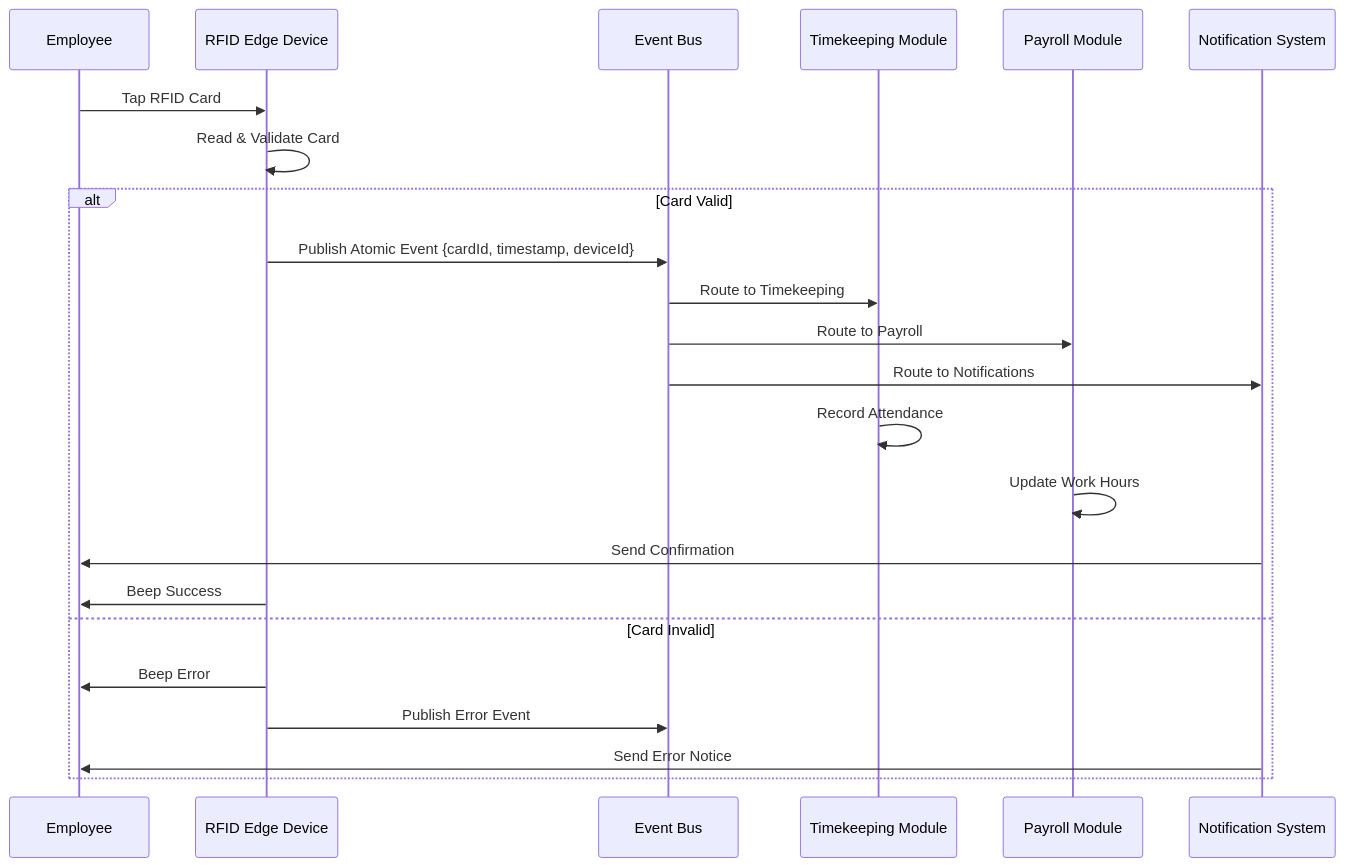
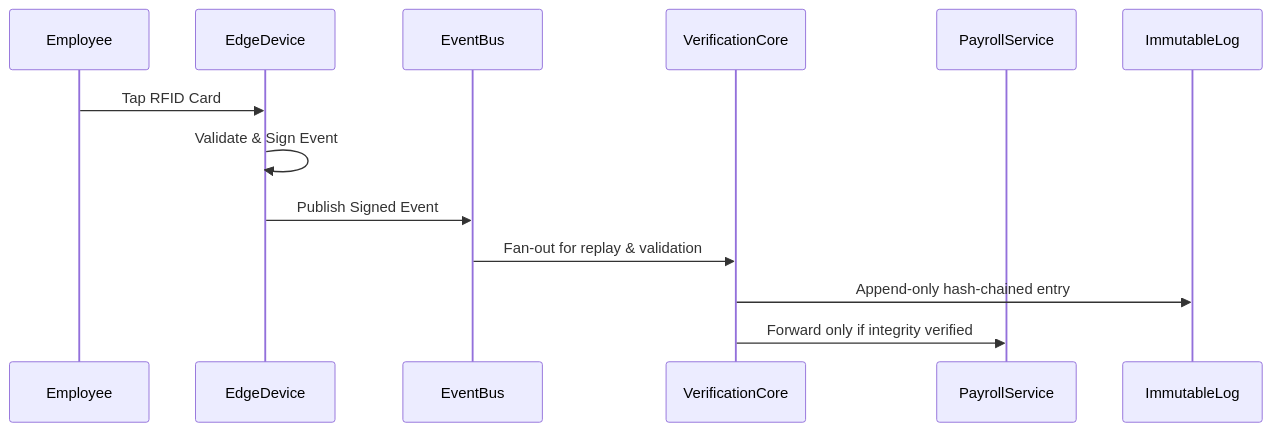
The third of 3 diagrams in docs/workflows/integrations/patentable-proposal/rfid-replayable-event-log-proposal.md (A-rizz/cameco), drawn with Mermaid before and after one commit. The commit also changed other lines of this file, not shown here.

First line of the commit message:
Revise RFID Replayable Event-Log Proposal for Patent Focus

````diff
--- a/docs/workflows/integrations/patentable-proposal/rfid-replayable-event-log-proposal.md
+++ b/docs/workflows/integrations/patentable-proposal/rfid-replayable-event-log-proposal.md
@@ -62,25 +121,14 @@
 ```mermaid
 sequenceDiagram
-    participant Employee
-    participant EdgeDevice as RFID Edge Device
-    participant EventBus as Event Bus
-    participant Timekeeping as Timekeeping Module
-    participant Payroll as Payroll Module
-    participant Notifications as Notification System
-    Employee->>EdgeDevice: Tap RFID Card
-    EdgeDevice->>EdgeDevice: Read & Validate Card
-    alt Card Valid
-        EdgeDevice->>EventBus: Publish Atomic Event {cardId, timestamp, deviceId}
-        EventBus->>Timekeeping: Route to Timekeeping
-        EventBus->>Payroll: Route to Payroll
-        EventBus->>Notifications: Route to Notifications
-        Timekeeping->>Timekeeping: Record Attendance
-        Payroll->>Payroll: Update Work Hours
-        Notifications->>Employee: Send Confirmation
-        EdgeDevice->>Employee: Beep Success
-    else Card Invalid
-        EdgeDevice->>Employee: Beep Error
-        EdgeDevice->>EventBus: Publish Error Event
-        Notifications->>Employee: Send Error Notice
-    end
+  participant Employee
+  participant EdgeDevice
+  participant EventBus
+  participant VerificationCore
+  participant PayrollService
+  Employee->>EdgeDevice: Tap RFID Card
+  EdgeDevice->>EdgeDevice: Validate & Sign Event
+  EdgeDevice->>EventBus: Publish Signed Event
+  EventBus->>VerificationCore: Fan-out for replay & validation
+  VerificationCore->>ImmutableLog: Append-only hash-chained entry
+  VerificationCore->>PayrollService: Forward only if integrity verified
 ```
````
